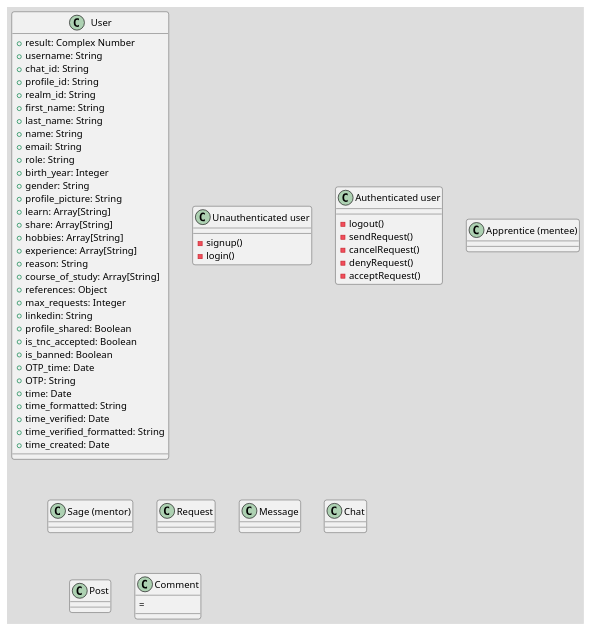
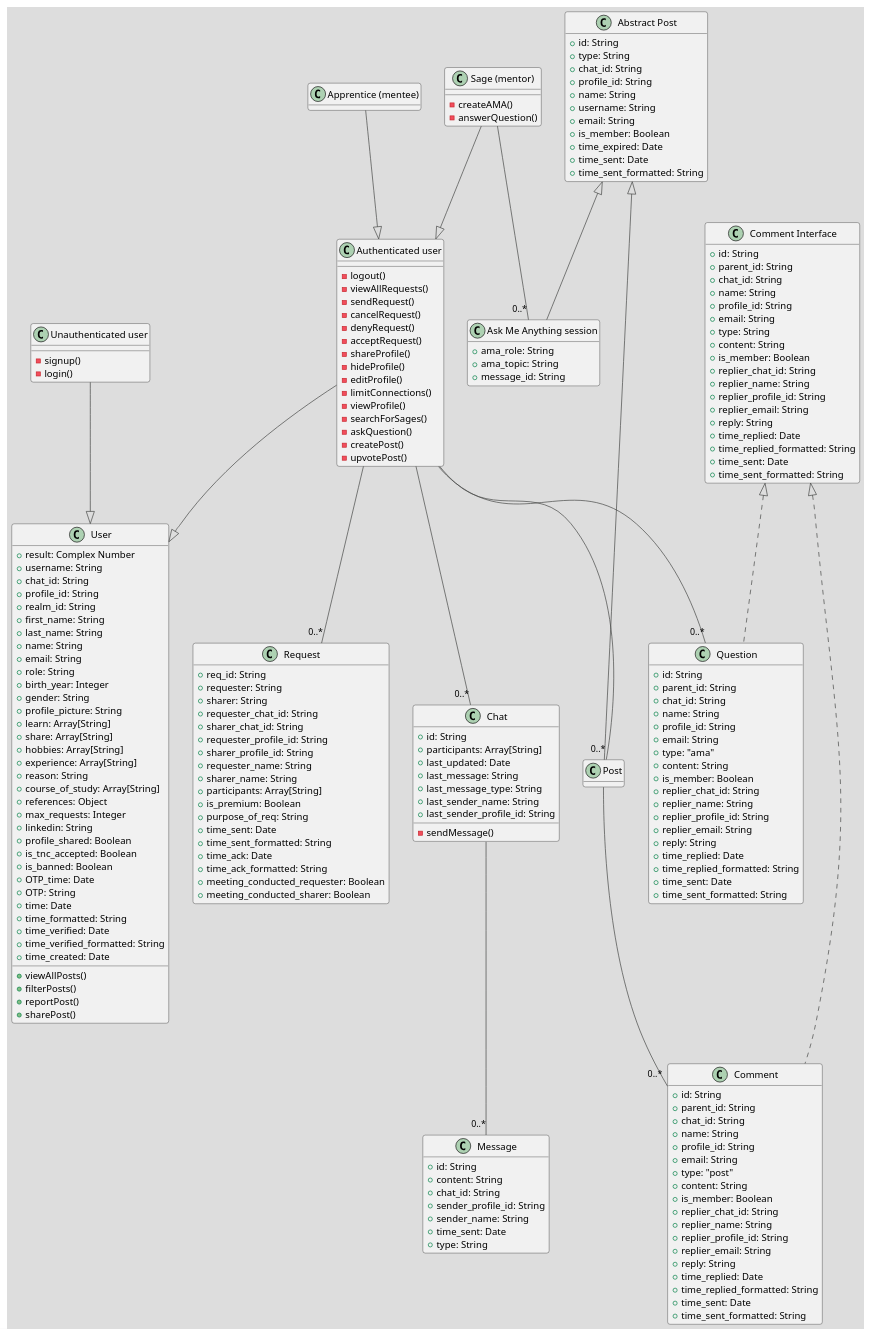
Before and after one commit to IvanFengJK/ESC_Diagrams_Plantuml: the diagram in Project Meeting 2/sage_classdiagrams.plantuml, drawn with PlantUML.

Commit message:
add sage class diagrams

```diff
--- a/Project Meeting 2/sage_classdiagrams.plantuml
+++ b/Project Meeting 2/sage_classdiagrams.plantuml
@@ -1,4 +1,5 @@
 @startuml sage_use_cases
+hide empty methods
 !theme toy
 
 class "User" as user {
@@ -35,6 +36,11 @@
     + time_verified_formatted: String
     + time_created: Date
 
+    + viewAllPosts()
+    + filterPosts()
+    + reportPost()
+    + sharePost()
+
 
 
 
@@ -53,10 +59,20 @@
 
 class "Authenticated user" as loggedIn {
     - logout()
+    - viewAllRequests()
     - sendRequest()
     - cancelRequest()
     - denyRequest()
     - acceptRequest()
+    - shareProfile()
+    - hideProfile()
+    - editProfile()
+    - limitConnections()
+    - viewProfile()
+    - searchForSages()
+    - askQuestion()
+    - createPost()
+    - upvotePost()
 
 }
 
@@ -65,30 +81,166 @@
 
 }
 class "Sage (mentor)" as sage {
+    - createAMA()
+    - answerQuestion()
+}
+
+
+
+class "Request" as request {
+    + req_id: String
+    + requester: String
+    + sharer: String
+    + requester_chat_id: String
+    + sharer_chat_id: String
+    + requester_profile_id: String
+    + sharer_profile_id: String
+    + requester_name: String
+    + sharer_name: String
+    + participants: Array[String]
+    + is_premium: Boolean  
+    + purpose_of_req: String
+    + time_sent: Date
+    + time_sent_formatted: String
+    + time_ack: Date
+    + time_ack_formatted: String
+    + meeting_conducted_requester: Boolean
+    + meeting_conducted_sharer: Boolean
+}
+
+class "Message" as message {
+    + id: String
+    + content: String
+    + chat_id: String
+    + sender_profile_id: String
+    + sender_name: String
+    + time_sent: Date
+    + type: String
+
+}
+
+class "Chat" as chat {
+    + id: String
+    + participants: Array[String]
+    + last_updated: Date
+    + last_message: String
+    + last_message_type: String
+    + last_sender_name: String
+    + last_sender_profile_id: String
+
+    - sendMessage()
+}
+
+' Implemented as an abstract class because "Ask Me Anything" sessions & posts are closely related
+class "Abstract Post" as abstractPost {
+    + id: String
+    + type: String
+    + chat_id: String
+    + profile_id: String
+    + name: String
+    + username: String
+    + email: String
+    + is_member: Boolean
+    + time_expired: Date
+    + time_sent: Date
+    + time_sent_formatted: String
+}
+
+class "Post" as post extends abstractPost {
+}
+
+class "Ask Me Anything session" as ama extends abstractPost {
+    + ama_role: String
+    + ama_topic: String
+    + message_id: String
+}
+
+' Implemented as an interface because comment & question classes are unrelated
+class "Comment Interface" as commentInterface {
+    + id: String
+    + parent_id: String
+    + chat_id: String
+    + name: String
+    + profile_id: String
+    + email: String
+    + type: String
+    + content: String
+    + is_member: Boolean
+    + replier_chat_id: String
+    + replier_name: String
+    + replier_profile_id: String
+    + replier_email: String
+    + reply: String
+    + time_replied: Date
+    + time_replied_formatted: String
+    + time_sent: Date
+    + time_sent_formatted: String
+
+}
+
+class "Comment"  as comment implements commentInterface {
+    + id: String
+    + parent_id: String
+    + chat_id: String
+    + name: String
+    + profile_id: String
+    + email: String
+    + type: "post"
+    + content: String
+    + is_member: Boolean
+    + replier_chat_id: String
+    + replier_name: String
+    + replier_profile_id: String
+    + replier_email: String
+    + reply: String
+    + time_replied: Date
+    + time_replied_formatted: String
+    + time_sent: Date
+    + time_sent_formatted: String
+
+}
+
+class "Question" as question implements commentInterface {
+    + id: String
+    + parent_id: String
+    + chat_id: String
+    + name: String
+    + profile_id: String
+    + email: String
+    + type: "ama"
+    + content: String
+    + is_member: Boolean
+    + replier_chat_id: String
+    + replier_name: String
+    + replier_profile_id: String
+    + replier_email: String
+    + reply: String
+    + time_replied: Date
+    + time_replied_formatted: String
+    + time_sent: Date
+    + time_sent_formatted: String
 
 }
 
 
 
-class "Request" as request {
 
-}
 
-class "Message" as message {
+' Authentication relationships
+notLoggedIn --|> user
+loggedIn --|> user
+apprentice --|> loggedIn
+sage --|> loggedIn
 
-}
+' Relationships for post | comment | question are found at their respective classes
 
-class "Chat" as chat {
+loggedIn -- "0..*" request
+loggedIn -- "0..*" question
+loggedIn -- "0..*" post
+post -- "0..*" comment
+loggedIn -- "0..*" chat
+chat -- "0..*" message
+sage -- "0..*" ama
 
-}
-
-class "Post" as post {
-
-}
-
-class "Comment" as comment {
-    = 
-
-}
 
 @enduml
```
